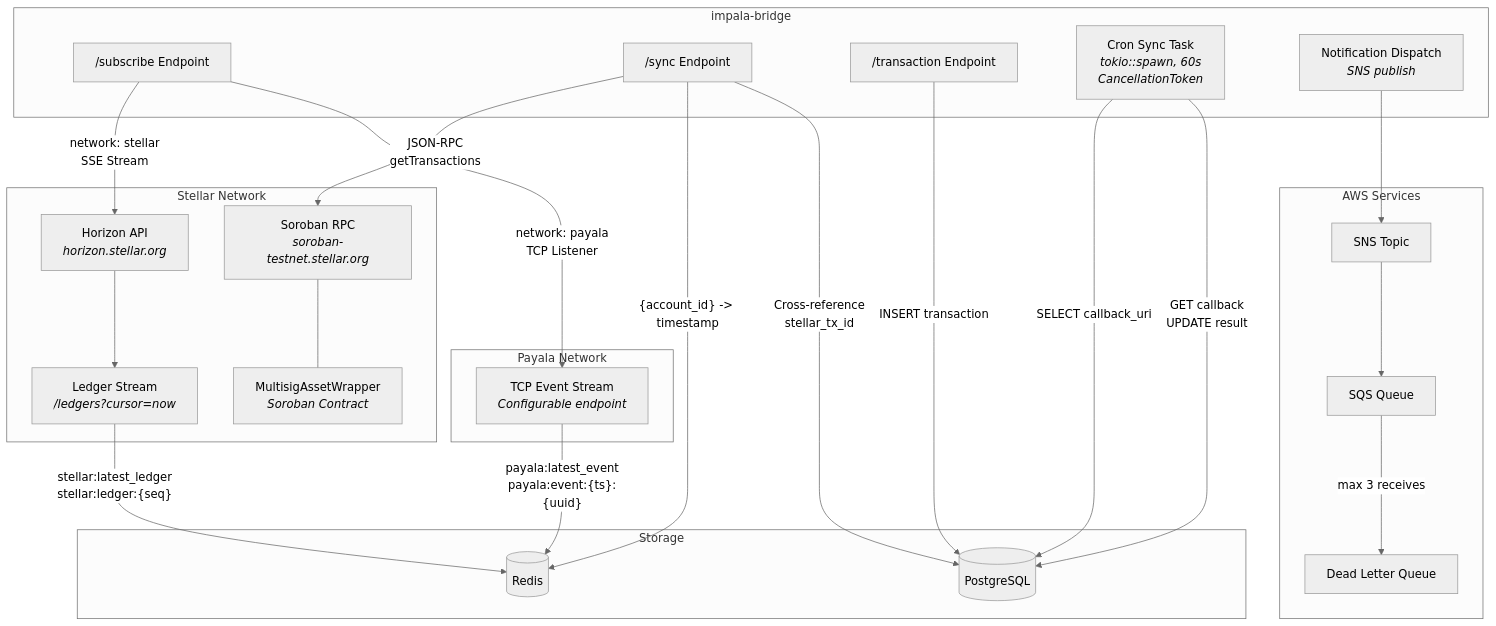
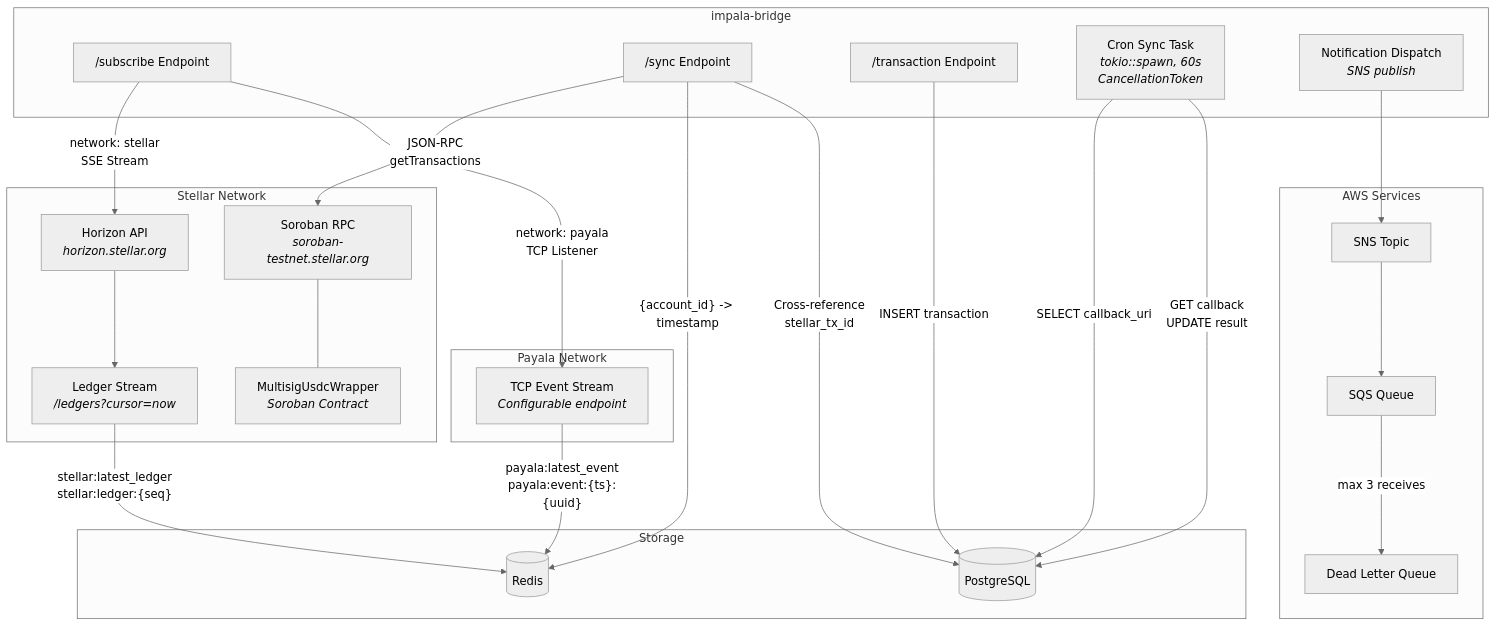
One commit to Financial-Empowerment-Partners/impala changed the eighth of 11 diagrams in ARCHITECTURE.md. Above: the diagram before and after it, drawn with Mermaid (neutral theme). The commit also changed other lines of this file and 235 other files, not shown here.

````diff
--- a/ARCHITECTURE.md
+++ b/ARCHITECTURE.md
@@ -694,54 +700,54 @@
 ```mermaid
 graph TB
     subgraph Bridge["impala-bridge"]
         SubEndpoint["/subscribe Endpoint"]
         SyncEndpoint["/sync Endpoint"]
         TxEndpoint["/transaction Endpoint"]
         CronTask["Cron Sync Task<br/><i>tokio::spawn, 60s<br/>CancellationToken</i>"]
         NotifyDispatch["Notification Dispatch<br/><i>SNS publish</i>"]
     end
 
     subgraph Stellar["Stellar Network"]
         Horizon["Horizon API<br/><i>horizon.stellar.org</i>"]
         SorobanRPC["Soroban RPC<br/><i>soroban-testnet.stellar.org</i>"]
         Ledgers["Ledger Stream<br/><i>/ledgers?cursor=now</i>"]
-        SorobanContract["MultisigAssetWrapper<br/><i>Soroban Contract</i>"]
+        SorobanContract["MultisigUsdcWrapper<br/><i>Soroban Contract</i>"]
     end
 
     subgraph Payala["Payala Network"]
         PayalaTCP["TCP Event Stream<br/><i>Configurable endpoint</i>"]
     end
 
     subgraph Storage["Storage"]
         Redis[("Redis")]
         Postgres[("PostgreSQL")]
     end
 
     subgraph AWS["AWS Services"]
         SNS["SNS Topic"]
         SQS["SQS Queue"]
         DLQ["Dead Letter Queue"]
     end
 
     SubEndpoint -->|"network: stellar<br/>SSE Stream"| Horizon
     Horizon --> Ledgers
     SubEndpoint -->|"network: payala<br/>TCP Listener"| PayalaTCP
 
     SyncEndpoint -->|"JSON-RPC<br/>getTransactions"| SorobanRPC
 
     Ledgers -->|"stellar:latest_ledger<br/>stellar:ledger:{seq}"| Redis
     PayalaTCP -->|"payala:latest_event<br/>payala:event:{ts}:{uuid}"| Redis
     SyncEndpoint -->|"{account_id} -> timestamp"| Redis
 
     TxEndpoint -->|"INSERT transaction"| Postgres
     SyncEndpoint -->|"Cross-reference<br/>stellar_tx_id"| Postgres
 
     CronTask -->|"SELECT callback_uri"| Postgres
     CronTask -->|"GET callback<br/>UPDATE result"| Postgres
 
     NotifyDispatch --> SNS
     SNS --> SQS
     SQS -->|"max 3 receives"| DLQ
 
     SorobanRPC --- SorobanContract
 ```
````
